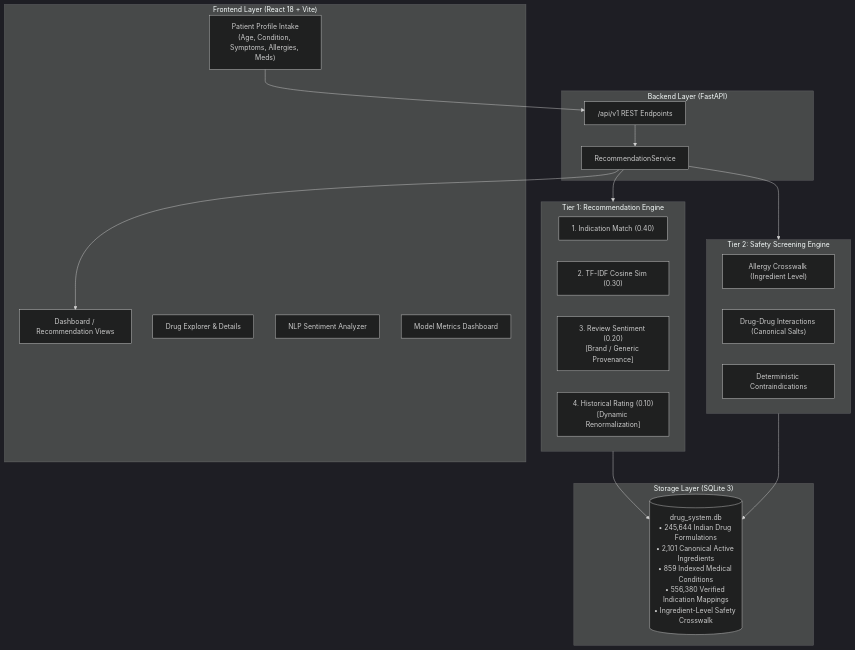
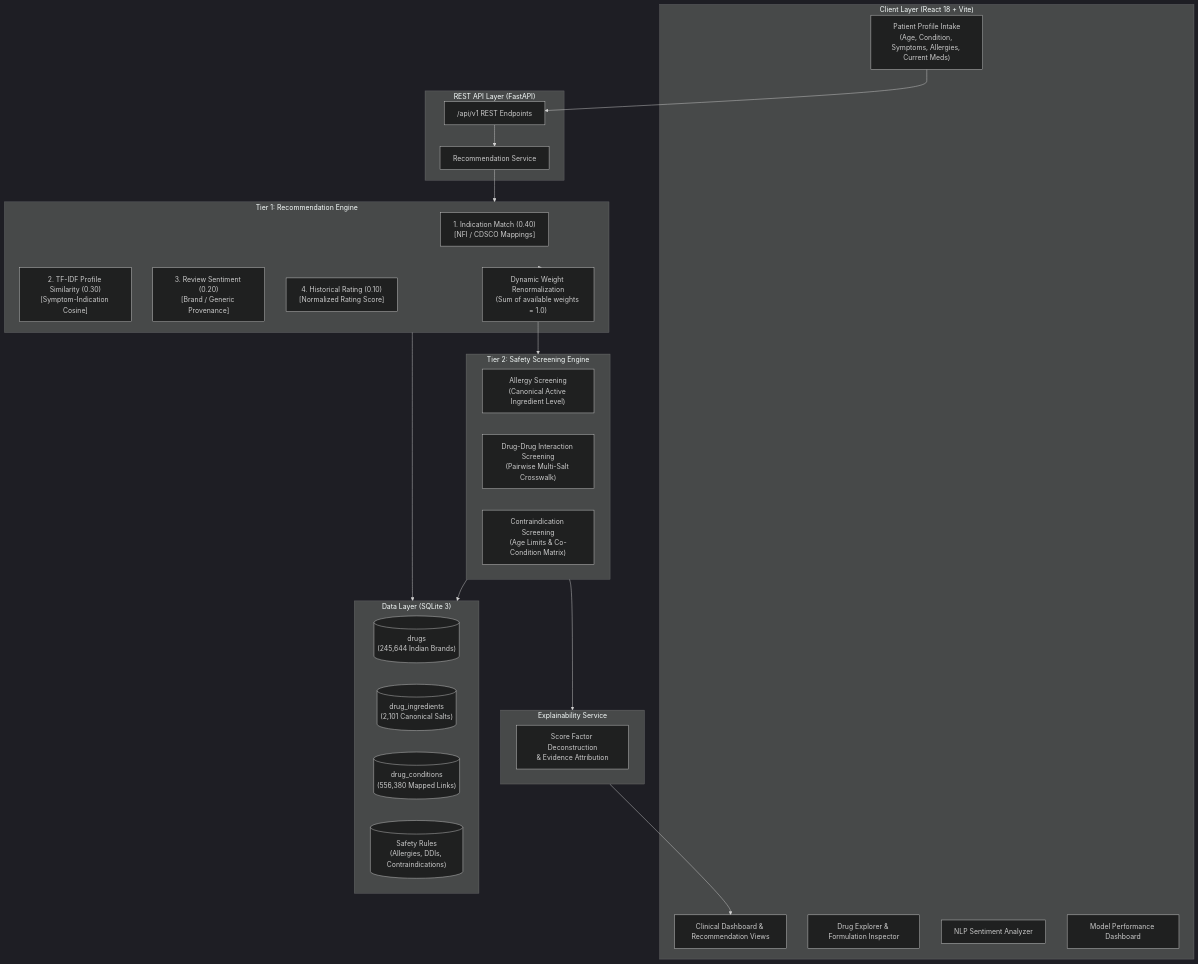
Before and after one commit to Ashishpal110/explainable-drug-recommender: the diagram in README.md, drawn with Mermaid (dark theme). The commit also changed other lines of this file, not shown here.

Commit message:
docs: polish README for Indian pharmaceutical project

````diff
--- a/README.md
+++ b/README.md
@@ -75,40 +103,50 @@
 ```mermaid
 flowchart TD
-    subgraph Client["Frontend Layer (React 18 + Vite)"]
-        UI_Form["Patient Profile Intake\n(Age, Condition, Symptoms, Allergies, Meds)"]
-        UI_Dash["Dashboard / Recommendation Views"]
-        UI_Exp["Drug Explorer & Details"]
+    subgraph UserLayer["Client Layer (React 18 + Vite)"]
+        UI_Input["Patient Profile Intake\n(Age, Condition, Symptoms, Allergies, Current Meds)"]
+        UI_Dash["Clinical Dashboard & Recommendation Views"]
+        UI_Exp["Drug Explorer & Formulation Inspector"]
         UI_Sent["NLP Sentiment Analyzer"]
-        UI_Met["Model Metrics Dashboard"]
+        UI_Met["Model Performance Dashboard"]
     end
 
-    subgraph API["Backend Layer (FastAPI)"]
+    subgraph APILayer["REST API Layer (FastAPI)"]
         Router["/api/v1 REST Endpoints"]
-        RecSvc["RecommendationService"]
+        RecSvc["Recommendation Service"]
     end
 
     subgraph Tier1["Tier 1: Recommendation Engine"]
-        Match["1. Indication Match (0.40)"]
-        Sim["2. TF-IDF Cosine Sim (0.30)"]
-        Sent["3. Review Sentiment (0.20)\n[Brand / Generic Provenance]"]
-        Rat["4. Historical Rating (0.10)\n[Dynamic Renormalization]"]
+        CondMatch["1. Indication Match (0.40)\n[NFI / CDSCO Mappings]"]
+        SimMatch["2. TF-IDF Profile Similarity (0.30)\n[Symptom-Indication Cosine]"]
+        SentMatch["3. Review Sentiment (0.20)\n[Brand / Generic Provenance]"]
+        RatMatch["4. Historical Rating (0.10)\n[Normalized Rating Score]"]
+        WeightNorm["Dynamic Weight Renormalization\n(Sum of available weights = 1.0)"]
     end
 
     subgraph Tier2["Tier 2: Safety Screening Engine"]
-        Allergy["Allergy Crosswalk (Ingredient Level)"]
-        DDI["Drug-Drug Interactions (Canonical Salts)"]
-        Contra["Deterministic Contraindications"]
+        AllergyCheck["Allergy Screening\n(Canonical Active Ingredient Level)"]
+        DDICheck["Drug-Drug Interaction Screening\n(Pairwise Multi-Salt Crosswalk)"]
+        ContraCheck["Contraindication Screening\n(Age Limits & Co-Condition Matrix)"]
     end
 
-    subgraph DB["Storage Layer (SQLite 3)"]
-        Tables[("drug_system.db\n• 245,644 Indian Drug Formulations\n• 2,101 Canonical Active Ingredients\n• 859 Indexed Medical Conditions\n• 556,380 Verified Indication Mappings\n• Ingredient-Level Safety Crosswalk")]
+    subgraph ExplainLayer["Explainability Service"]
+        ExpGen["Score Factor Deconstruction\n& Evidence Attribution"]
     end
 
-    UI_Form --> Router
+    subgraph StorageLayer["Data Layer (SQLite 3)"]
+        DB_Drugs[("drugs\n(245,644 Indian Brands)")]
+        DB_Ing[("drug_ingredients\n(2,101 Canonical Salts)")]
+        DB_Cond[("drug_conditions\n(556,380 Mapped Links)")]
+        DB_Safety[("Safety Rules\n(Allergies, DDIs, Contraindications)")]
+    end
+
+    UI_Input --> Router
     Router --> RecSvc
     RecSvc --> Tier1
-    RecSvc --> Tier2
-    Tier1 --> Tables
-    Tier2 --> Tables
-    RecSvc --> UI_Dash
+    Tier1 --> StorageLayer
+    Tier1 --> WeightNorm
+    WeightNorm --> Tier2
+    Tier2 --> StorageLayer
+    Tier2 --> ExplainLayer
+    ExplainLayer --> UI_Dash
 ```
````
